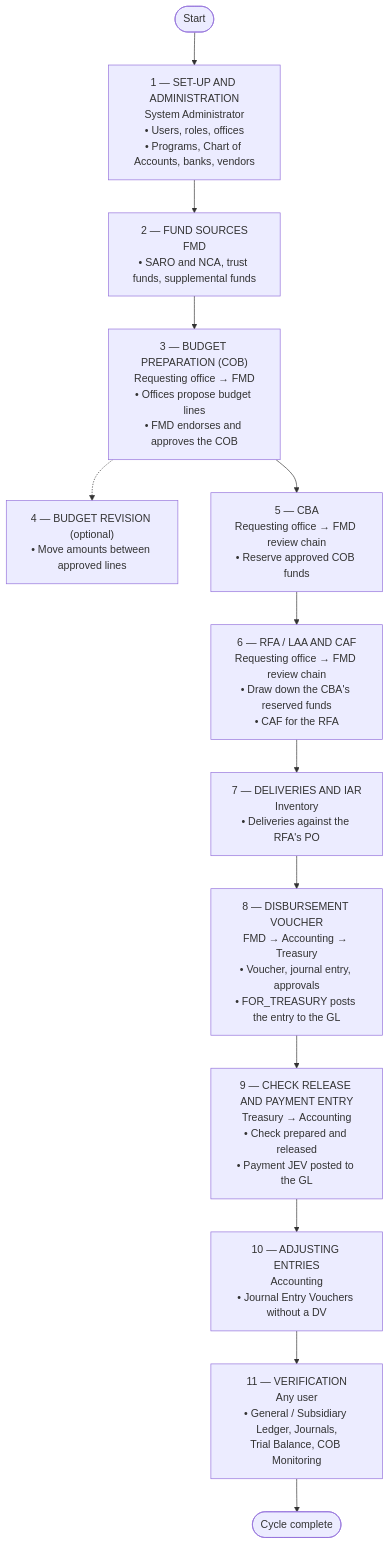
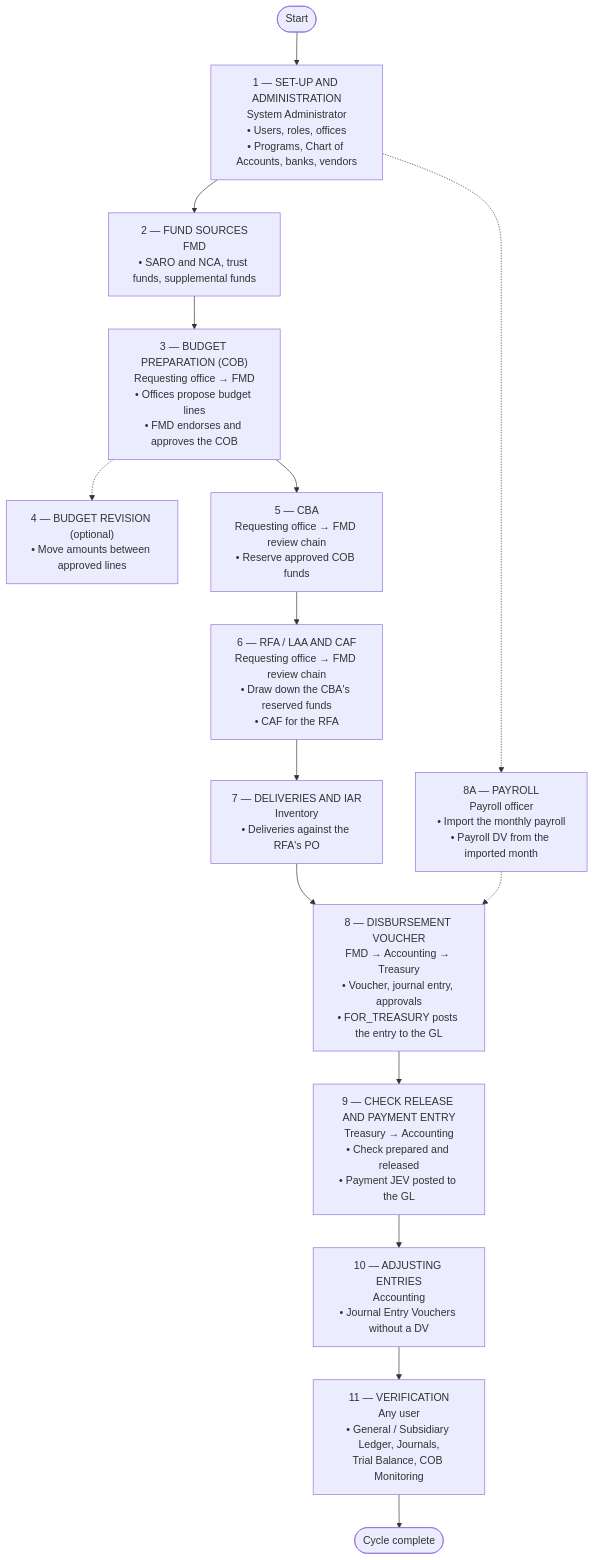
The first of 13 diagrams in system_docs/process-flow/PROCESS-FLOW.md (A-team-ITBS/fims-nha), drawn with Mermaid before and after one commit. The commit also changed other lines of this file and 9 other files, not shown here.

````diff
--- a/system_docs/process-flow/PROCESS-FLOW.md
+++ b/system_docs/process-flow/PROCESS-FLOW.md
@@ -68,15 +70,17 @@
 ```mermaid
 flowchart TD
     START(["Start"]) --> A["1 — SET-UP AND ADMINISTRATION<br/>System Administrator<br/>• Users, roles, offices<br/>• Programs, Chart of Accounts, banks, vendors"]
     A --> FS["2 — FUND SOURCES<br/>FMD<br/>• SARO and NCA, trust funds, supplemental funds"]
     FS --> B["3 — BUDGET PREPARATION (COB)<br/>Requesting office → FMD<br/>• Offices propose budget lines<br/>• FMD endorses and approves the COB"]
     B -.-> REV["4 — BUDGET REVISION (optional)<br/>• Move amounts between approved lines"]
     B --> C["5 — CBA<br/>Requesting office → FMD review chain<br/>• Reserve approved COB funds"]
     C --> D["6 — RFA / LAA AND CAF<br/>Requesting office → FMD review chain<br/>• Draw down the CBA's reserved funds<br/>• CAF for the RFA"]
     D --> IAR["7 — DELIVERIES AND IAR<br/>Inventory<br/>• Deliveries against the RFA's PO"]
+    A -.-> PR["8A — PAYROLL<br/>Payroll officer<br/>• Import the monthly payroll<br/>• Payroll DV from the imported month"]
+    PR -.-> E
     IAR --> E["8 — DISBURSEMENT VOUCHER<br/>FMD → Accounting → Treasury<br/>• Voucher, journal entry, approvals<br/>• FOR_TREASURY posts the entry to the GL"]
     E --> F["9 — CHECK RELEASE AND PAYMENT ENTRY<br/>Treasury → Accounting<br/>• Check prepared and released<br/>• Payment JEV posted to the GL"]
     F --> J["10 — ADJUSTING ENTRIES<br/>Accounting<br/>• Journal Entry Vouchers without a DV"]
     J --> V["11 — VERIFICATION<br/>Any user<br/>• General / Subsidiary Ledger, Journals,<br/>Trial Balance, COB Monitoring"]
     V --> END(["Cycle complete"])
 ```
````
